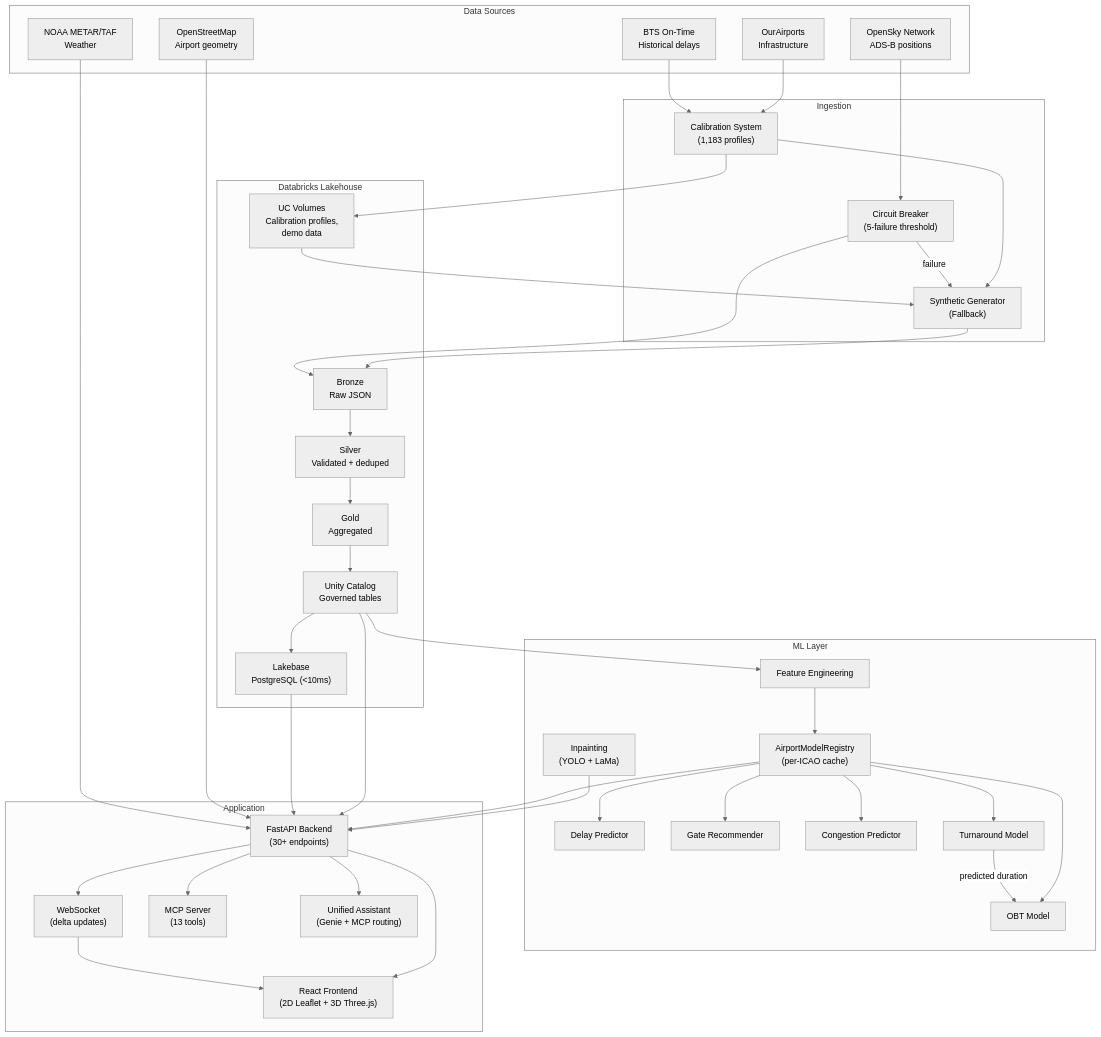
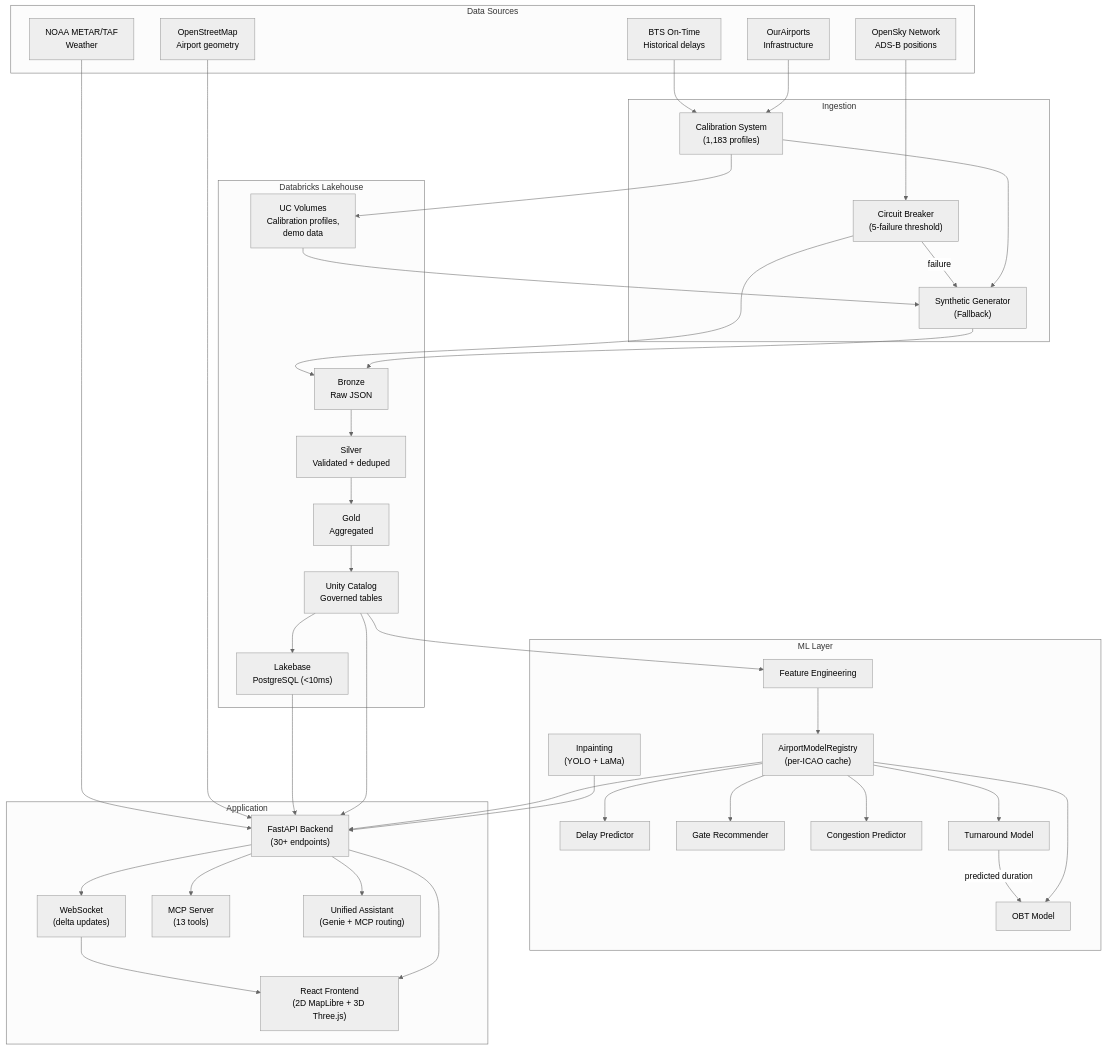
The second of 3 diagrams in README.md (LaurentPRAT-DB/databricks-airport-digital-twin), drawn with Mermaid (neutral theme) before and after one commit. The commit also changed other lines of this file, not shown here.

````diff
--- a/README.md
+++ b/README.md
@@ -475,64 +475,64 @@
 ```mermaid
 graph TB
     subgraph "Data Sources"
         OS["OpenSky Network<br/>ADS-B positions"]
         BTS["BTS On-Time<br/>Historical delays"]
         OA["OurAirports<br/>Infrastructure"]
         METAR["NOAA METAR/TAF<br/>Weather"]
         OSM["OpenStreetMap<br/>Airport geometry"]
     end
 
     subgraph "Ingestion"
         CB["Circuit Breaker<br/>(5-failure threshold)"]
         SYN["Synthetic Generator<br/>(Fallback)"]
         CAL["Calibration System<br/>(1,183 profiles)"]
     end
 
     subgraph "Databricks Lakehouse"
         DLT_B["Bronze<br/>Raw JSON"]
         DLT_S["Silver<br/>Validated + deduped"]
         DLT_G["Gold<br/>Aggregated"]
         UC["Unity Catalog<br/>Governed tables"]
         VOL["UC Volumes<br/>Calibration profiles,<br/>demo data"]
         LB["Lakebase<br/>PostgreSQL (<10ms)"]
     end
 
     subgraph "ML Layer"
         FE["Feature Engineering"]
         REG["AirportModelRegistry<br/>(per-ICAO cache)"]
         DM["Delay Predictor"]
         GM["Gate Recommender"]
         CM["Congestion Predictor"]
         TM["Turnaround Model"]
         OBT["OBT Model"]
         INP["Inpainting<br/>(YOLO + LaMa)"]
         TM -->|predicted duration| OBT
     end
 
     subgraph "Application"
         API["FastAPI Backend<br/>(30+ endpoints)"]
         WS["WebSocket<br/>(delta updates)"]
-        UI["React Frontend<br/>(2D Leaflet + 3D Three.js)"]
+        UI["React Frontend<br/>(2D MapLibre + 3D Three.js)"]
         MCP["MCP Server<br/>(13 tools)"]
         AST["Unified Assistant<br/>(Genie + MCP routing)"]
     end
 
     OS --> CB --> DLT_B
     CB -->|failure| SYN --> DLT_B
     BTS & OA --> CAL --> VOL
     CAL --> SYN
     VOL --> SYN
     DLT_B --> DLT_S --> DLT_G --> UC
     UC --> LB
     UC --> FE --> REG --> DM & GM & CM & TM & OBT
     METAR --> API
     OSM --> API
     LB --> API
     UC --> API
     REG --> API
     INP --> API
     API --> WS --> UI
     API --> UI
     API --> MCP
     API --> AST
 ```
````
